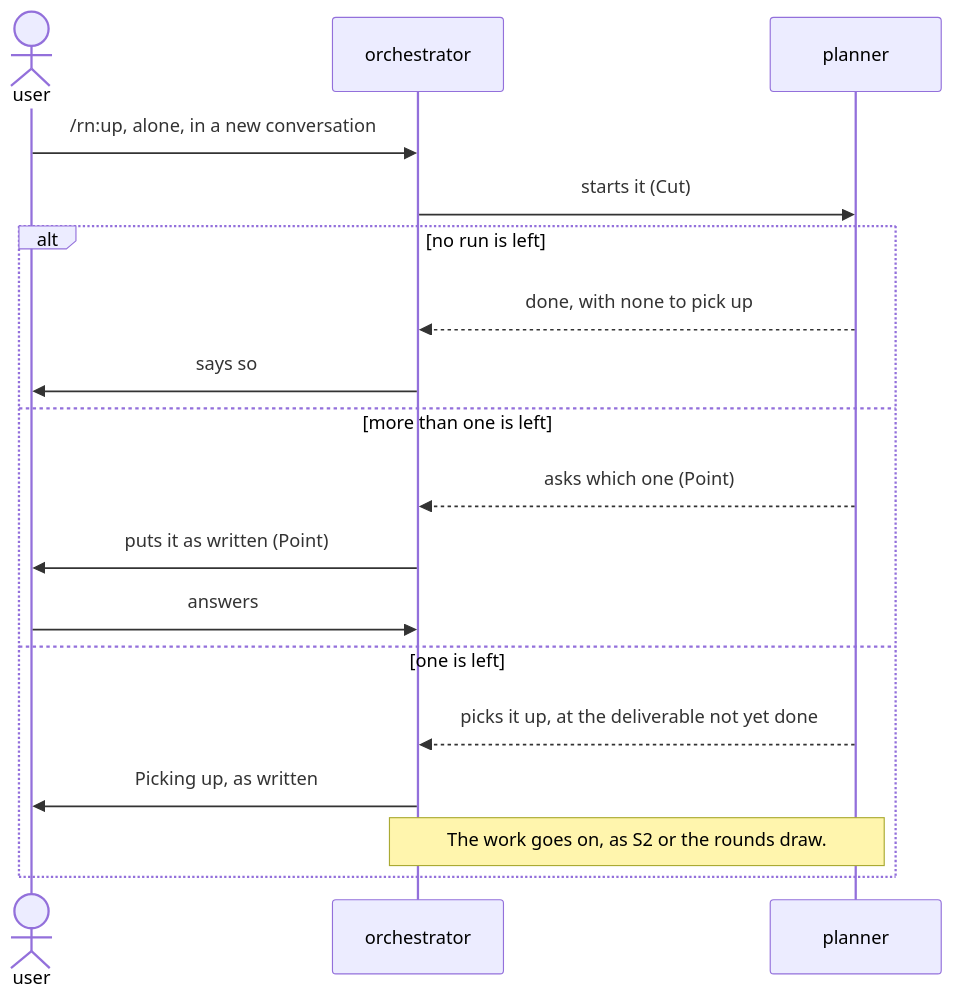
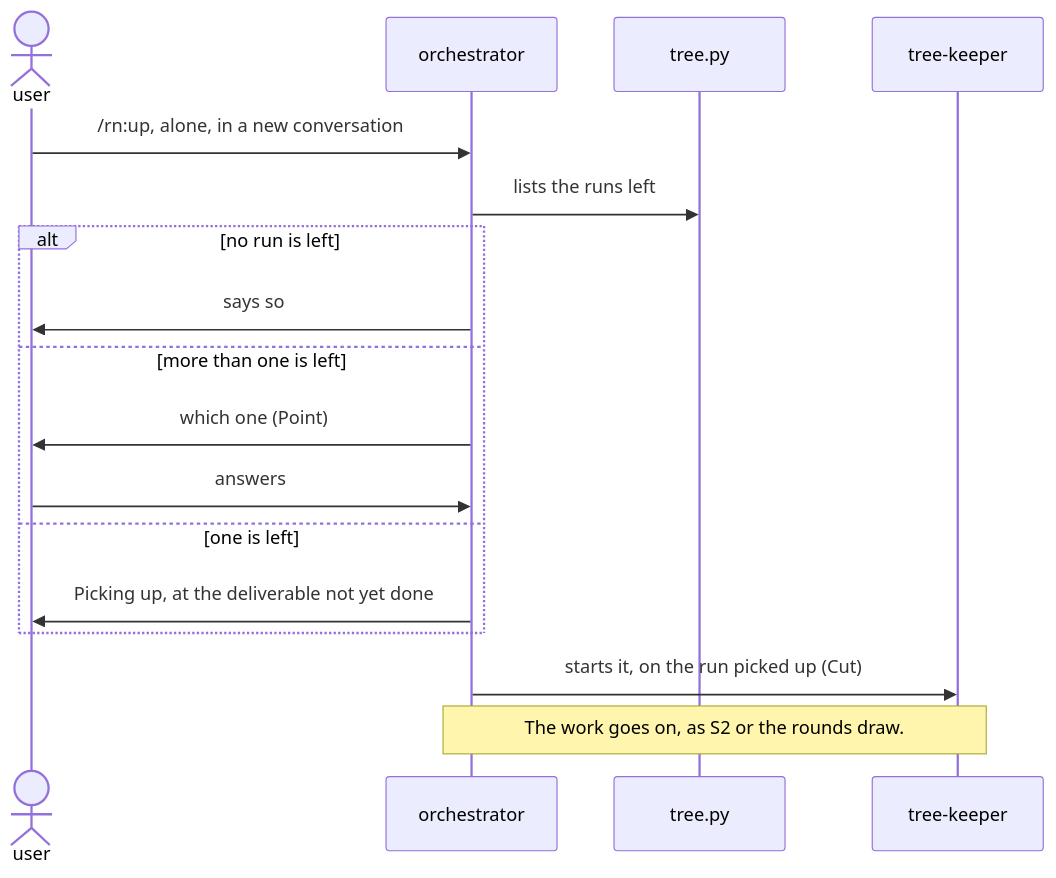
One commit to lovaizu/ccpm changed the fourth of 5 diagrams in dev/rn/architecture.md. Above: the diagram before and after it, drawn with Mermaid. The commit also changed other lines of this file and 5 other files, not shown here.

````diff
--- a/dev/rn/architecture.md
+++ b/dev/rn/architecture.md
@@ -238,20 +240,19 @@
 ```mermaid
 sequenceDiagram
   actor U as user
   participant O as orchestrator
-  participant P as planner
+  participant T as tree.py
+  participant K as tree-keeper
   U->>O: /rn:up, alone, in a new conversation
-  O->>P: starts it (Cut)
+  O->>T: lists the runs left
   alt no run is left
-    P-->>O: done, with none to pick up
     O->>U: says so
   else more than one is left
-    P-->>O: asks which one (Point)
-    O->>U: puts it as written (Point)
+    O->>U: which one (Point)
     U->>O: answers
   else one is left
-    P-->>O: picks it up, at the deliverable not yet done
-    O->>U: Picking up, as written
-    Note over O,P: The work goes on, as S2 or the rounds draw.
+    O->>U: Picking up, at the deliverable not yet done
   end
+  O->>K: starts it, on the run picked up (Cut)
+  Note over O,K: The work goes on, as S2 or the rounds draw.
 ```
````
